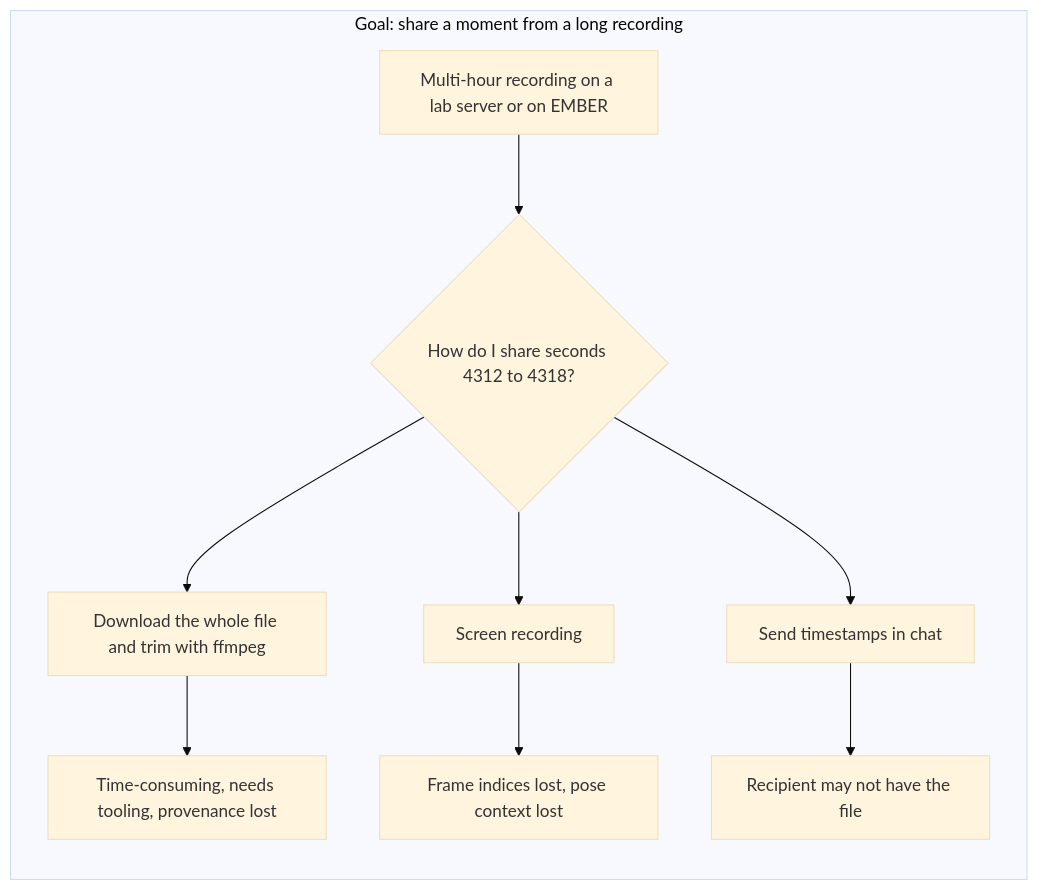
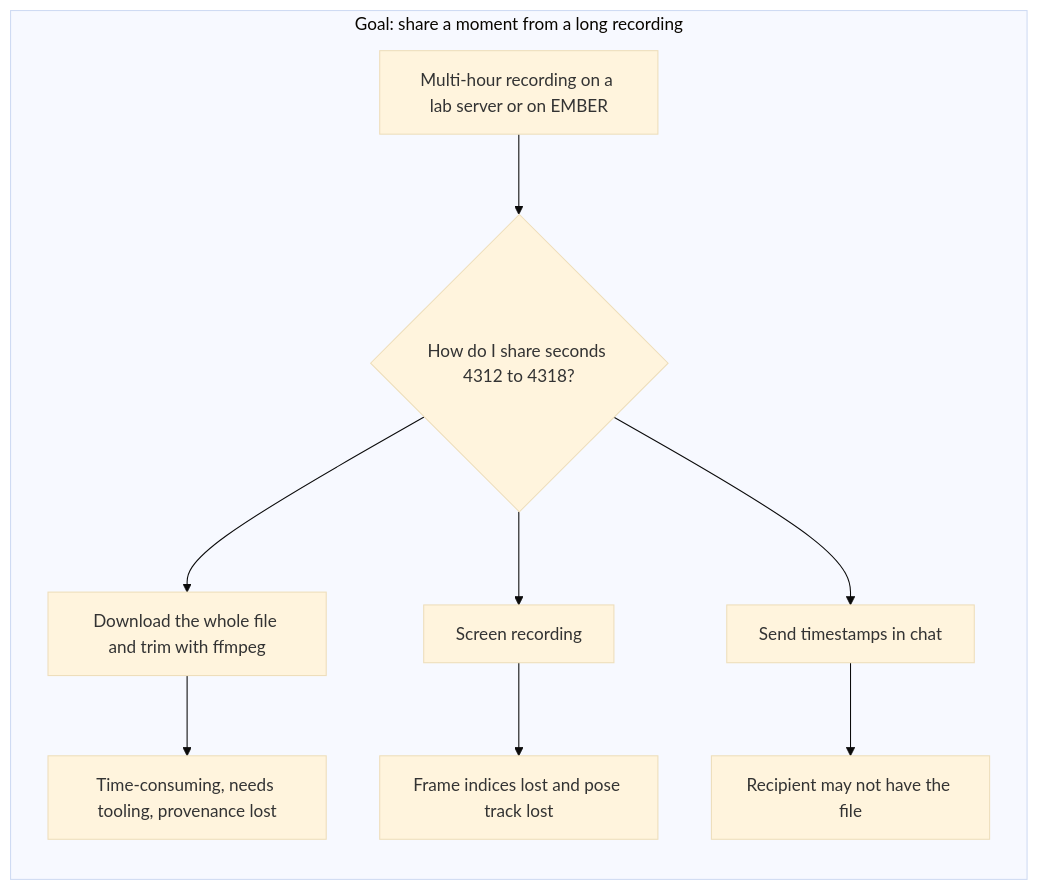
One commit to CodyCBakerPhD/BBQS-EMBER-docs changed the first of 15 diagrams in user-stories/clip-extractor.md. Above: the diagram before and after it, drawn with Mermaid (base theme). The commit also changed other lines of this file, not shown here.

````diff
--- a/user-stories/clip-extractor.md
+++ b/user-stories/clip-extractor.md
@@ -33,13 +33,13 @@
 ```mermaid
 flowchart LR
     subgraph before["Goal: share a moment from a long recording"]
         direction TB
         A[Multi-hour recording on a lab server or on EMBER] --> B{How do I share seconds 4312 to 4318?}
         B --> C[Download the whole file and trim with ffmpeg]
         B --> D[Screen recording]
         B --> E[Send timestamps in chat]
         C --> F[Time-consuming, needs tooling, provenance lost]
-        D --> G[Frame indices lost, pose context lost]
+        D --> G[Frame indices lost and pose track lost]
         E --> H[Recipient may not have the file]
     end
 ```
````
